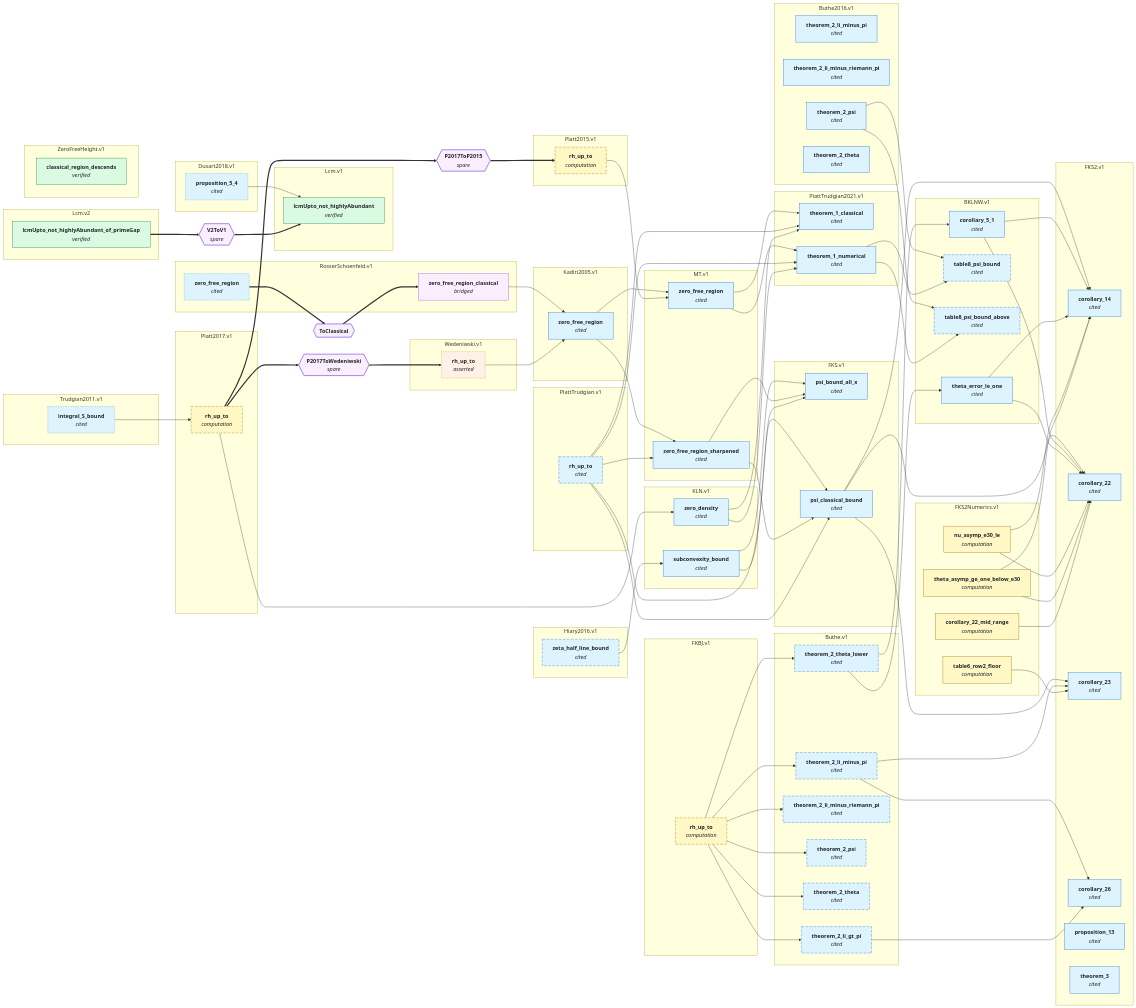
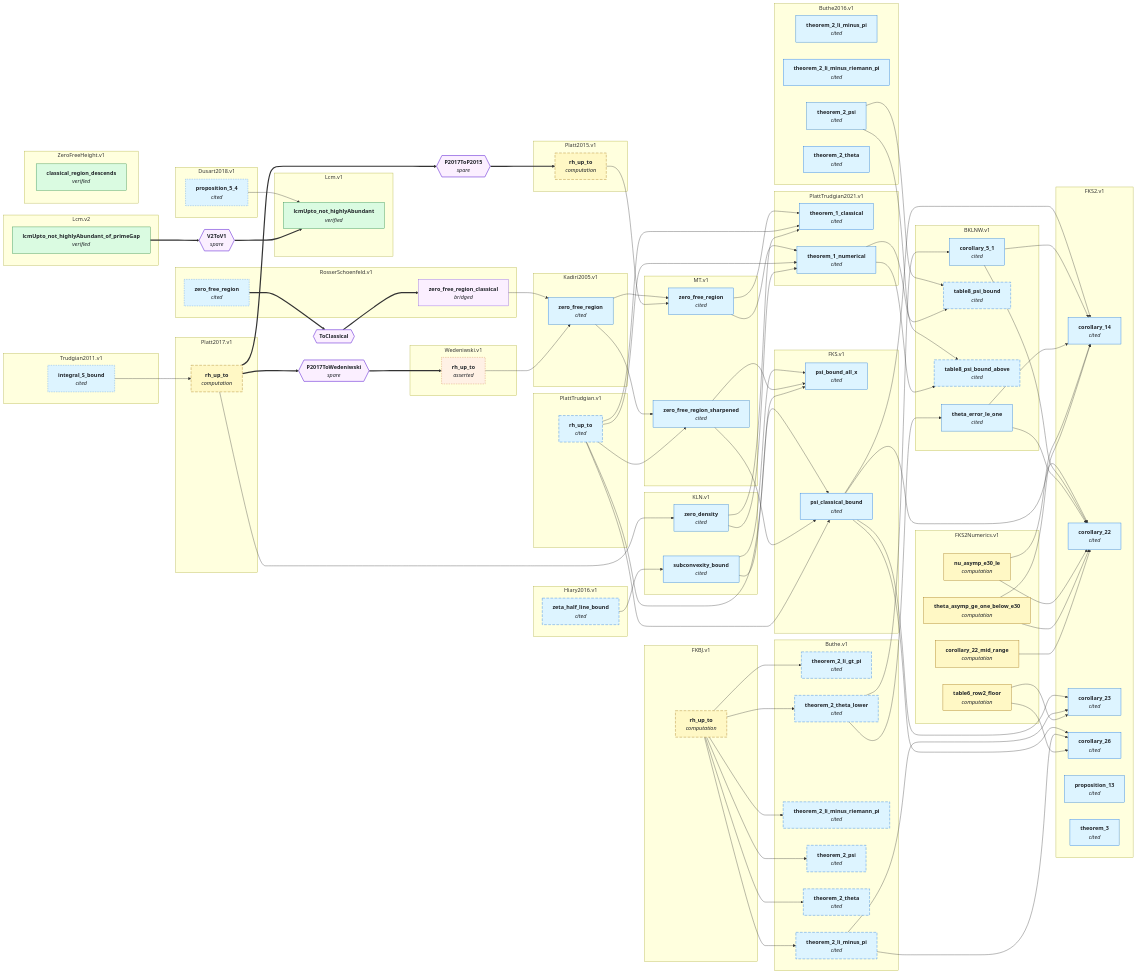
Before and after one commit to teorth/IEANTN: the second of 2 diagrams in GRAPH.md, drawn with Mermaid. The commit also changed other lines of this file and 13 other files, not shown here.

First line of the commit message:
FKS2.v1: prove Corollary 26, with no numerical input at all

```diff
--- a/GRAPH.md
+++ b/GRAPH.md
@@ -268,8 +268,9 @@
   FKS_v1_psi_classical_bound --> FKS2_v1_corollary_23
   Buthe_v1_theorem_2_li_minus_pi --> FKS2_v1_corollary_23
   FKS2Numerics_v1_table6_row2_floor --> FKS2_v1_corollary_23
+  FKS_v1_psi_classical_bound --> FKS2_v1_corollary_26
   Buthe_v1_theorem_2_li_minus_pi --> FKS2_v1_corollary_26
-  Buthe_v1_theorem_2_li_gt_pi --> FKS2_v1_corollary_26
+  FKS2Numerics_v1_table6_row2_floor --> FKS2_v1_corollary_26
   Hiary2016_v1_zeta_half_line_bound --> KLN_v1_subconvexity_bound
   Platt2017_v1_rh_up_to --> KLN_v1_zero_density
   RosserSchoenfeld_v1_zero_free_region_classical --> Kadiri2005_v1_zero_free_region
```
